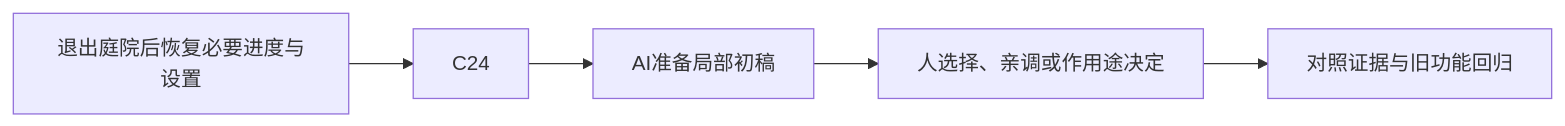
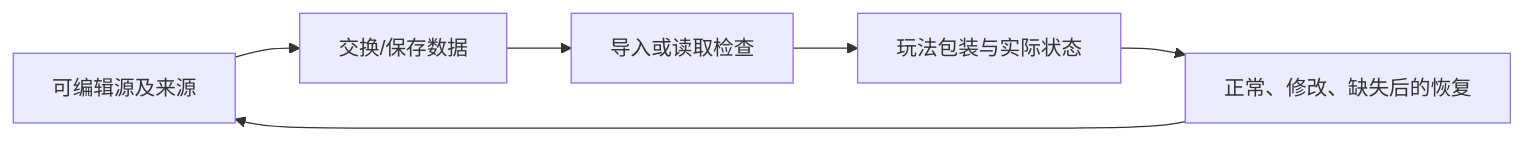
One commit to Zilur/ai-3d-game-learning changed the diagram in curriculum/lessons/I10.md. Above: the diagram before and after it, drawn with Mermaid. The commit also changed other lines of this file and 164 other files, not shown here.

Commit message:
docs: publish 47 step-by-step AI lesson flows, world upgrade and optional training corner

````diff
--- a/curriculum/lessons/I10.md
+++ b/curriculum/lessons/I10.md
@@ -38,7 +35,8 @@
 ```mermaid
 flowchart LR
-  S["退出庭院后恢复必要进度与设置"] --> K["C24"]
-  K --> AI["AI准备局部初稿"]
-  AI --> H["人选择、亲调或作用途决定"]
-  H --> V["对照证据与旧功能回归"]
+ S["可编辑源及来源"] --> E["交换/保存数据"]
+ E --> I["导入或读取检查"]
+ I --> W["玩法包装与实际状态"]
+ W --> T["正常、修改、缺失后的恢复"]
+ T --> S
 ```
````
